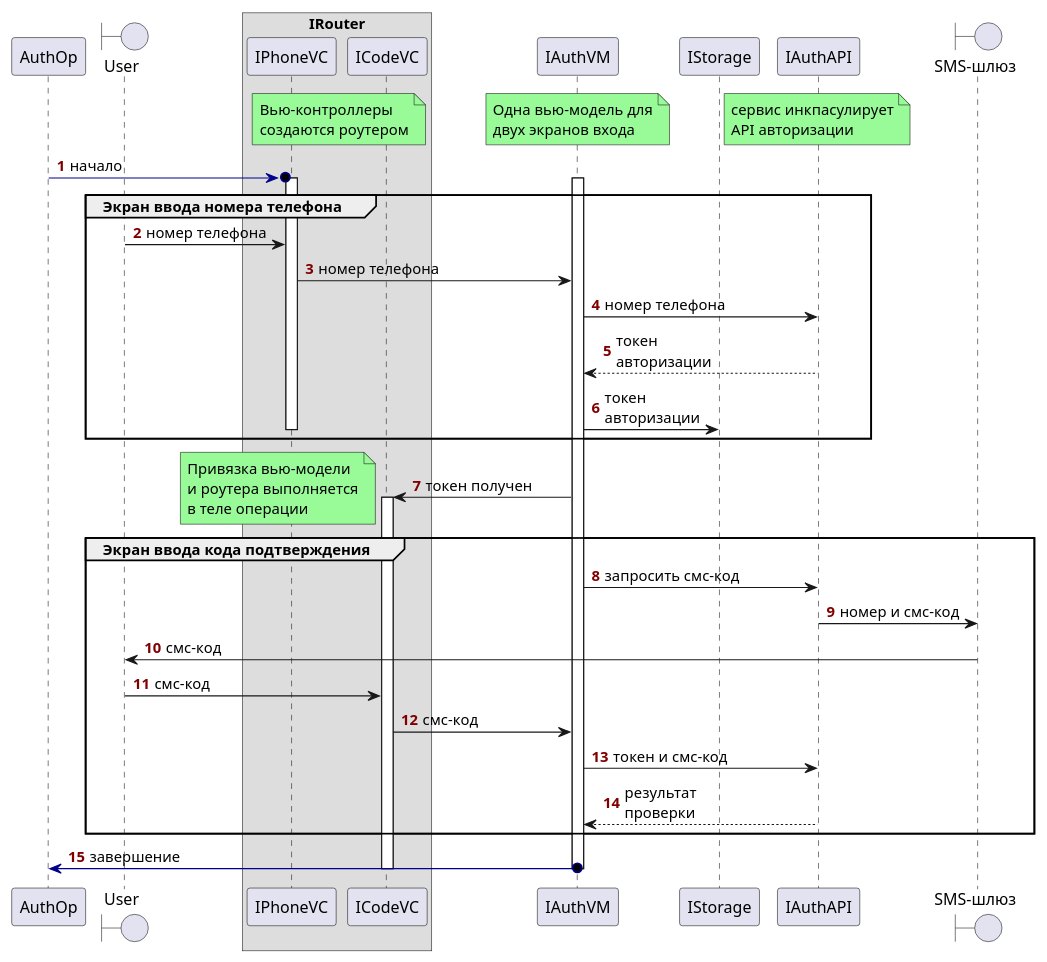
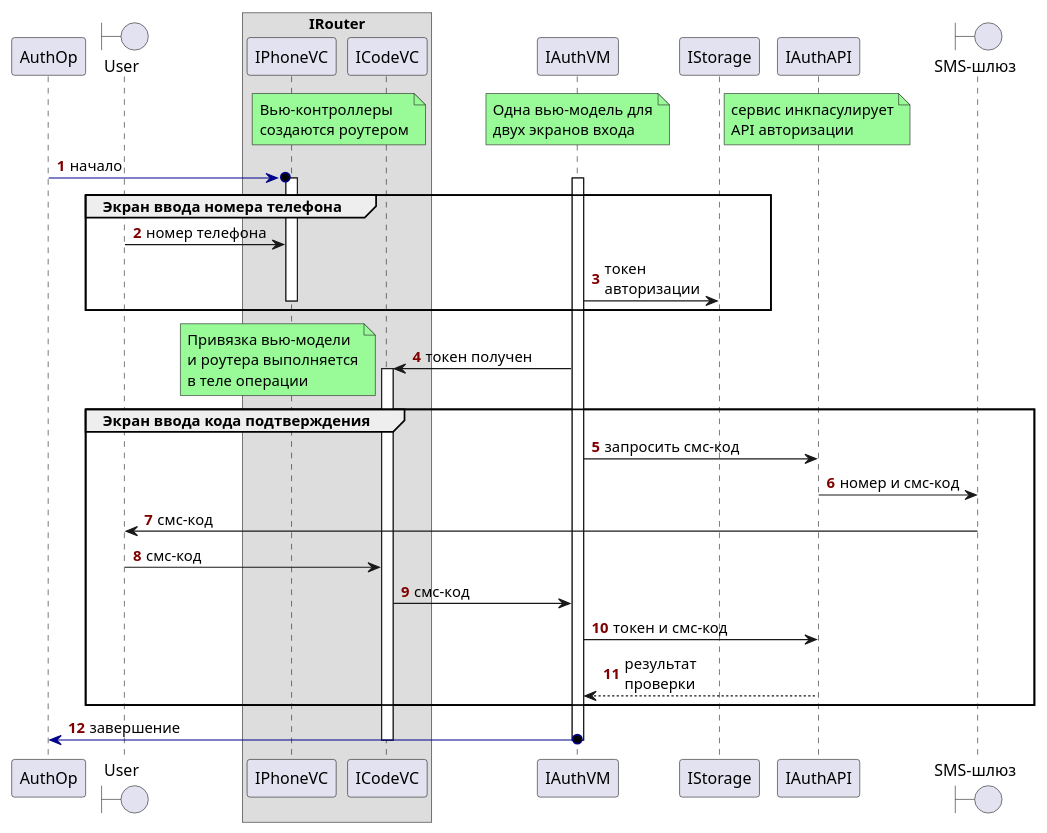
Before and after one commit to dubovoy-pro/ross-manual: the diagram in site/content/ru/docs/manual/operation/diagrams/auth_op.puml, drawn with PlantUML. The commit also changed 6 other files, not shown here.

```diff
--- a/site/content/ru/docs/manual/operation/diagrams/auth_op.puml
+++ b/site/content/ru/docs/manual/operation/diagrams/auth_op.puml
@@ -1,47 +1,47 @@
 @startuml auth_op
 skinparam maxMessageSize 120
 autonumber "<font color=Maroon><b>"
 
 participant "AuthOp" as authOp order 10
 boundary "User" as user order 20
 box "IRouter"
 participant "IPhoneVС" as phoneVС order 30
 participant "ICodeVС" as codeVC order 40
 end box
 participant "IAuthVM" as authVM order 50
 participant "IStorage" as storage order 60
 participant "IAuthAPI" as authApi order 70
 boundary "SMS-шлюз" as smsGate order 80
 
 note over phoneVС, codeVC #PaleGreen: Вью-контроллеры\nсоздаются роутером
 / note over authVM #PaleGreen: Одна вью-модель для\nдвух экранов входа
 / note over authApi #PaleGreen: сервис инкпасулирует\nAPI авторизации
 
 authOp-[#DarkBlue]>o phoneVС: начало
 activate authVM
 activate phoneVС
 group Экран ввода номера телефона
+' phoneVС -> authVM: номер телефона
+' authVM -> authApi: номер телефона
+' authVM <--- authApi: токен авторизации
 user -> phoneVС: номер телефона
-phoneVС -> authVM: номер телефона
-authVM -> authApi: номер телефона
-authVM <--- authApi: токен авторизации
 authVM -> storage: токен авторизации
 deactivate phoneVС
 end
 authVM -> codeVC: токен получен
 note left #PaleGreen: Привязка вью-модели\nи роутера выполняется\nв теле операции
 group Экран ввода кода подтверждения
 activate codeVC
 authVM -> authApi: запросить смс-код
 authApi -> smsGate: номер и смс-код
 smsGate -> user: смс-код
 user -> codeVC: смс-код
 codeVC -> authVM: смс-код
 authVM -> authApi: токен и смс-код
 authVM <--- authApi: результат проверки
 end
 authOp<[#DarkBlue]-o authVM: завершение
 deactivate authVM
 deactivate codeVC
 
 @enduml
```
